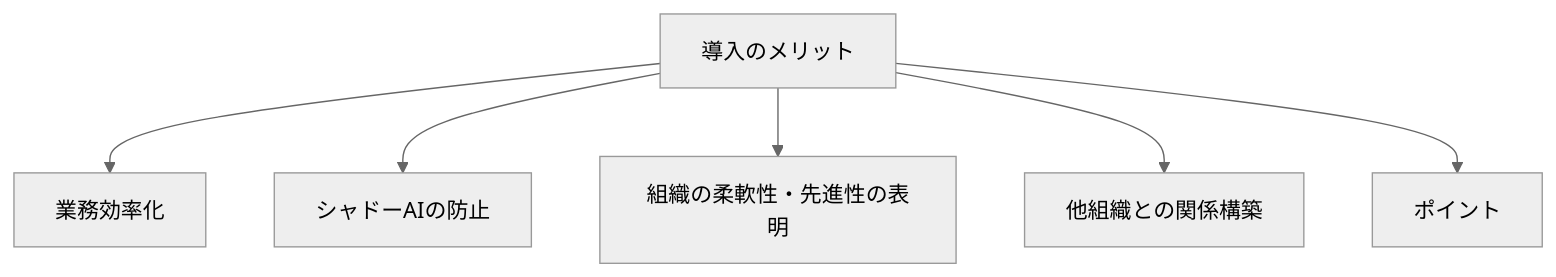
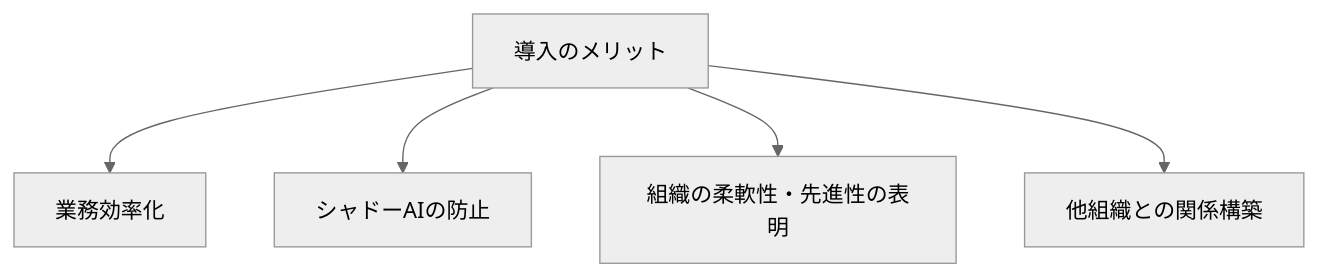
Before and after one commit to SparklingDetergent/doc_genai_Proposal_for_introducing_generative_AI_with_emphasis_on_safety: the third of 11 diagrams in README.md, drawn with Mermaid (neutral theme). The commit also changed other lines of this file, not shown here.

````diff
--- a/README.md
+++ b/README.md
@@ -107,8 +104,7 @@
 ```mermaid
 graph TD;
     A[導入のメリット] --> B[業務効率化];
     A --> C[シャドーAIの防止];
     A --> D[組織の柔軟性・先進性の表明];
     A --> E[他組織との関係構築];
-    A --> F[ポイント];
 ```
````
